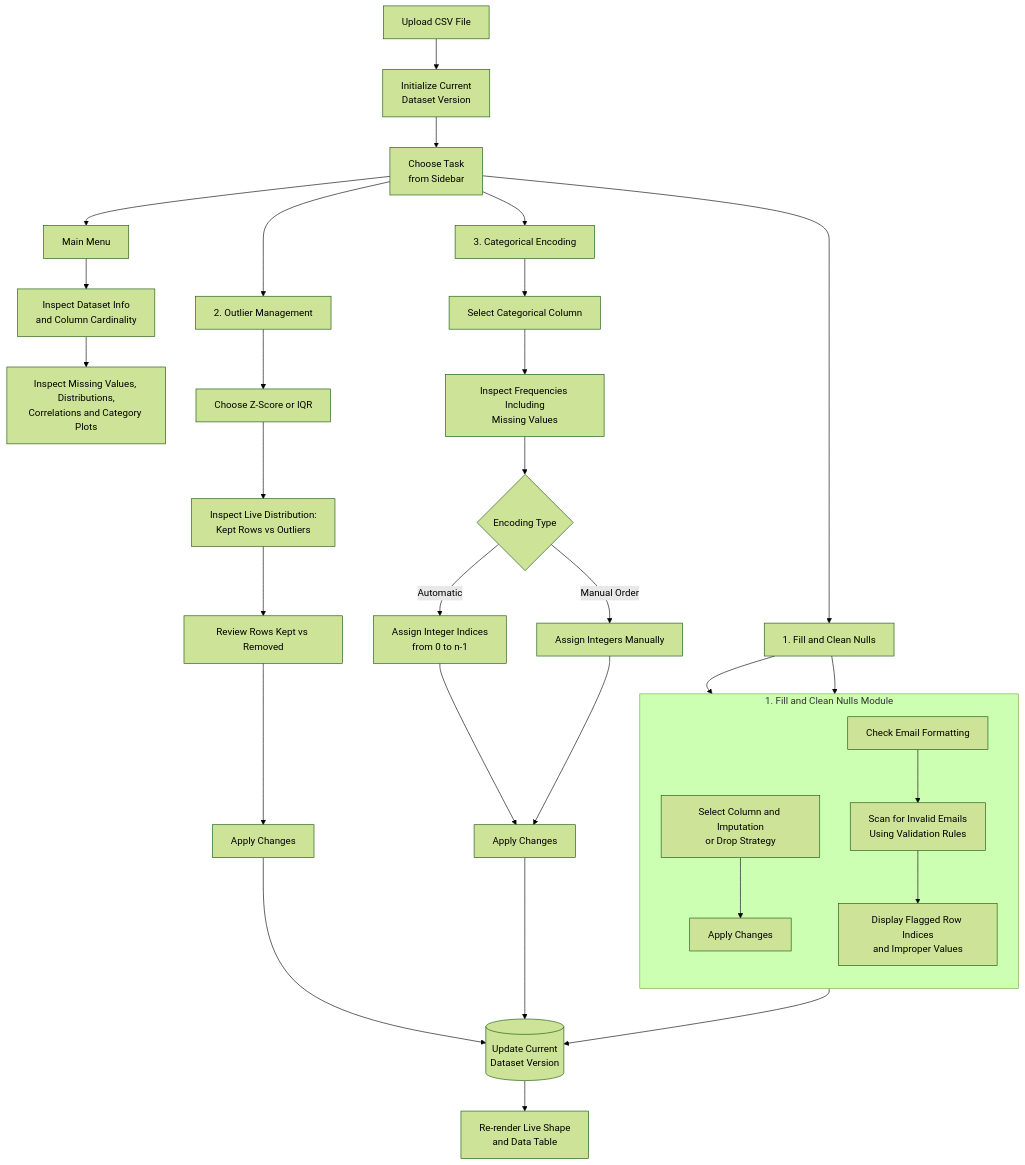
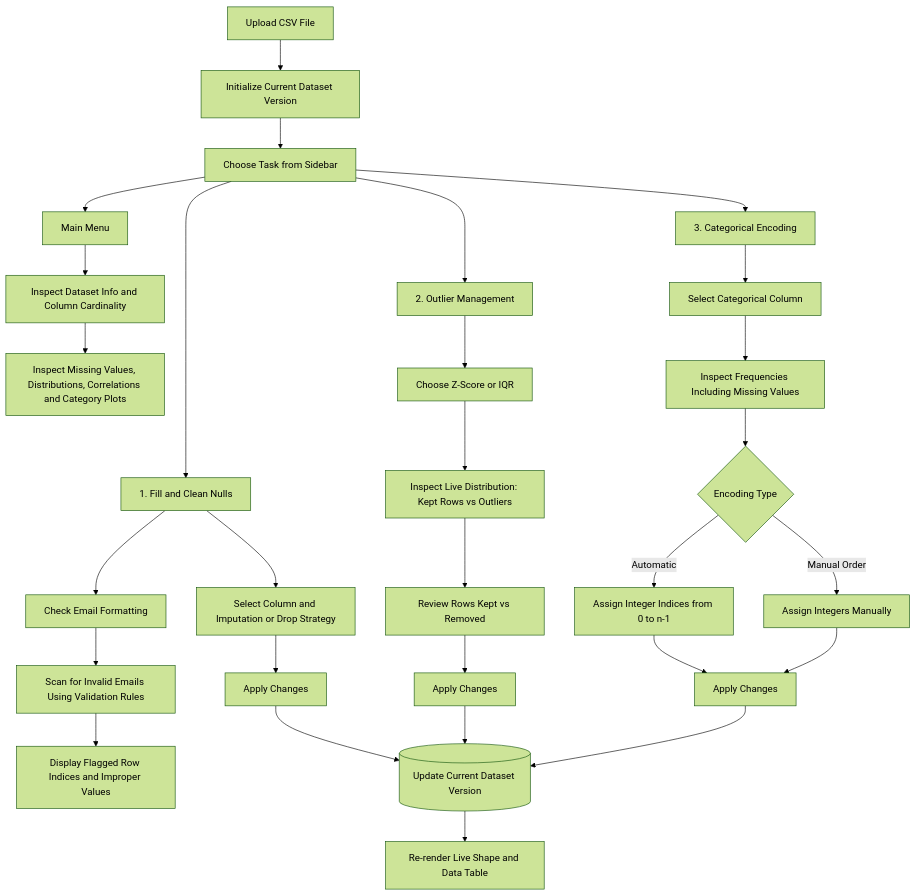
One commit to aniketbhopale/DataLave changed the second of 2 diagrams in README.md. Above: the diagram before and after it, drawn with Mermaid (forest theme). The commit also changed other lines of this file, not shown here.

Commit message:
minor change in flow

````diff
--- a/README.md
+++ b/README.md
@@ -77,43 +71,40 @@
 ```mermaid
 
 flowchart TD
-    A["Upload CSV File"] --> B["Initialize Current<br/>Dataset Version"]
-    B --> C["Choose Task<br/>from Sidebar"]
+    A["Upload CSV File"] --> B["Initialize Current Dataset Version"]
+    B --> C["Choose Task from Sidebar"]
 
     C --> D["Main Menu"]
     C --> E["1. Fill and Clean Nulls"]
     C --> F["2. Outlier Management"]
     C --> G["3. Categorical Encoding"]
 
-    D --> D1["Inspect Dataset Info<br/>and Column Cardinality"]
-    D1 --> D2["Inspect Missing Values, Distributions,<br/>Correlations and Category Plots"]
+    D --> D1["Inspect Dataset Info and Column Cardinality"]
+    D1 --> D2["Inspect Missing Values, Distributions, Correlations and Category Plots"]
 
-    subgraph M1 ["1. Fill and Clean Nulls Module"]
-        direction TB
-        E1["Select Column and Imputation<br/>or Drop Strategy"] --> E2["Apply Changes"]
-        E3["Check Email Formatting"] --> E4["Scan for Invalid Emails<br/>Using Validation Rules"]
-        E4 --> E5["Display Flagged Row Indices<br/>and Improper Values"]
-    end
+    E --> E1["Select Column and Imputation or Drop Strategy"]
+    E1 --> E2["Apply Changes"]
 
-    E --> E1
-    E --> E3
+    E --> E3["Check Email Formatting"]
+    E3 --> E4["Scan for Invalid Emails Using Validation Rules"]
+    E4 --> E5["Display Flagged Row Indices and Improper Values"]
 
     F --> F1["Choose Z-Score or IQR"]
-    F1 --> F2["Inspect Live Distribution:<br/>Kept Rows vs Outliers"]
+    F1 --> F2["Inspect Live Distribution: Kept Rows vs Outliers"]
     F2 --> F3["Review Rows Kept vs Removed"]
     F3 --> F4["Apply Changes"]
 
     G --> G1["Select Categorical Column"]
-    G1 --> G2["Inspect Frequencies Including<br/>Missing Values"]
+    G1 --> G2["Inspect Frequencies Including Missing Values"]
     G2 --> G3{"Encoding Type"}
-    G3 -->|Automatic| G4["Assign Integer Indices<br/>from 0 to n-1"]
+    G3 -->|Automatic| G4["Assign Integer Indices from 0 to n-1"]
     G3 -->|Manual Order| G5["Assign Integers Manually"]
     G4 --> G6["Apply Changes"]
     G5 --> G6
 
-    E2 --> H[("Update Current<br/>Dataset Version")]
+    E2 --> H[("Update Current Dataset Version")]
     F4 --> H
     G6 --> H
-    H --> I["Re-render Live Shape<br/>and Data Table"]
+    H --> I["Re-render Live Shape and Data Table"]
 
 ```
````
